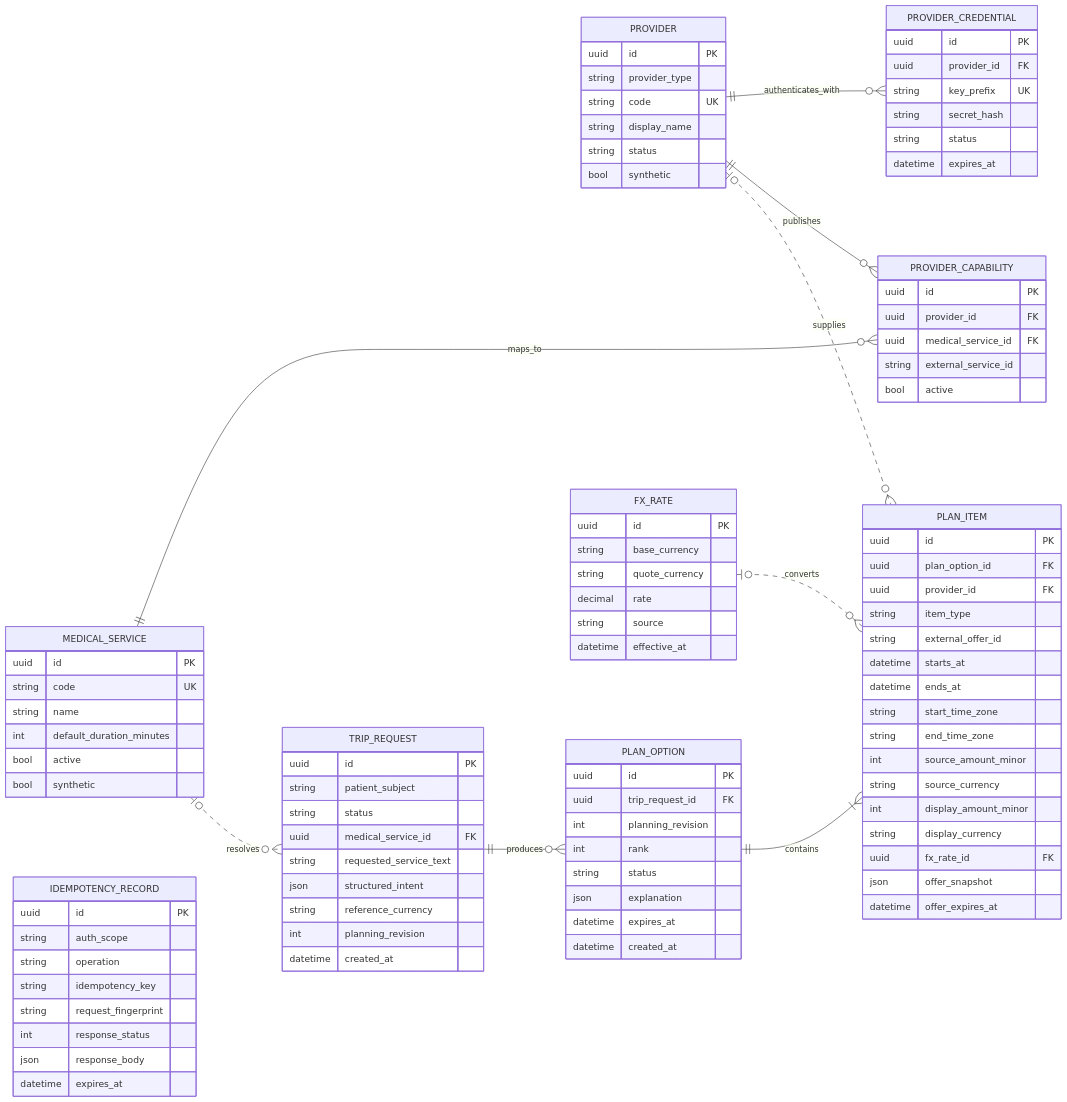
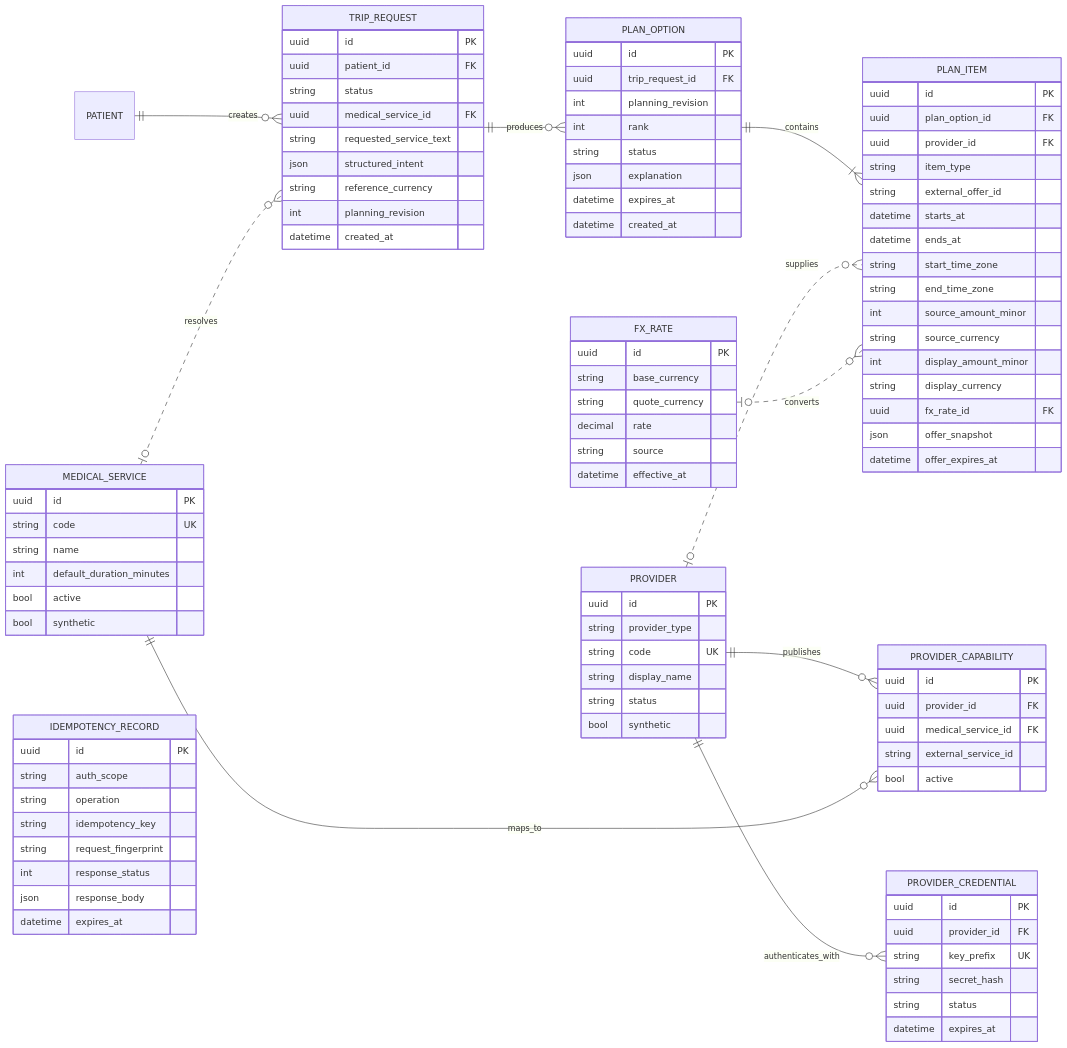
One commit to bayuzzs/batam-medhub changed the second of 8 diagrams in docs/architecture/erd.md. Above: the diagram before and after it, drawn with Mermaid. The commit also changed other lines of this file and 18 other files, not shown here.

```diff
--- a/docs/architecture/erd.md
+++ b/docs/architecture/erd.md
@@ -20,6 +73,7 @@
     direction LR
 
     PROVIDER ||--o{ PROVIDER_CREDENTIAL : authenticates_with
+    PATIENT ||--o{ TRIP_REQUEST : creates
     PROVIDER ||--o{ PROVIDER_CAPABILITY : publishes
     MEDICAL_SERVICE ||--o{ PROVIDER_CAPABILITY : maps_to
     MEDICAL_SERVICE o|..o{ TRIP_REQUEST : resolves
@@ -65,7 +119,7 @@
 
     TRIP_REQUEST {
         uuid id PK
-        string patient_subject
+        uuid patient_id FK
         string status
         uuid medical_service_id FK
         string requested_service_text
```
